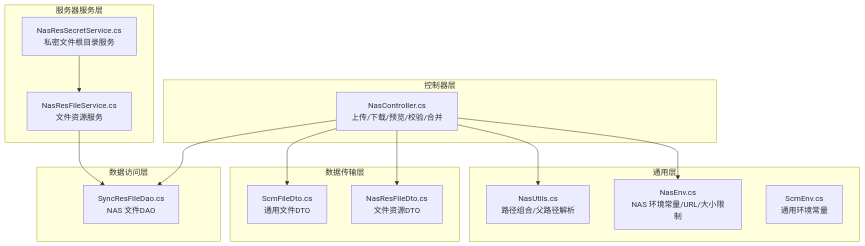
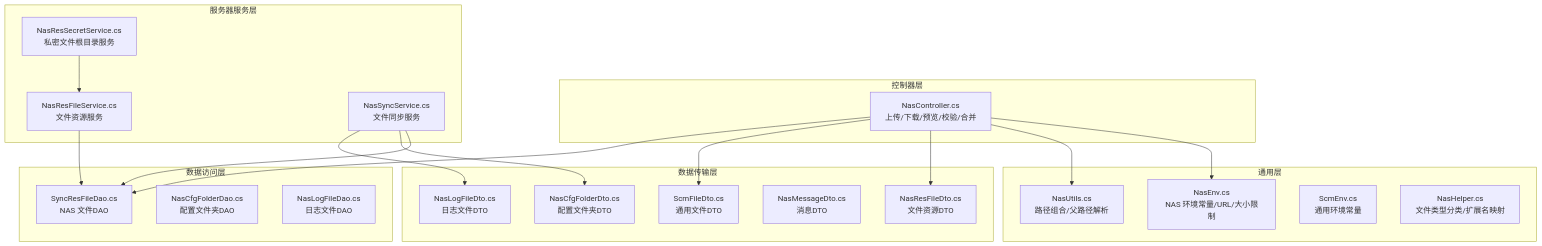
Before and after one commit to leadiot/Scm.Net: the first of 10 diagrams in .qoder/repowiki/zh/content/文件管理系统/文件管理系统.md, drawn with Mermaid. The commit also changed other lines of this file and 126 other files, not shown here.

````diff
--- a/.qoder/repowiki/zh/content/文件管理系统/文件管理系统.md
+++ b/.qoder/repowiki/zh/content/文件管理系统/文件管理系统.md
@@ -44,29 +59,39 @@
 ```mermaid
 graph TB
 subgraph "控制器层"
 NC["NasController.cs<br/>上传/下载/预览/校验/合并"]
 end
 subgraph "通用层"
 NE["NasEnv.cs<br/>NAS 环境常量/URL/大小限制"]
 NU["NasUtils.cs<br/>路径组合/父路径解析"]
 SCE["ScmEnv.cs<br/>通用环境常量"]
+NH["NasHelper.cs<br/>文件类型分类/扩展名映射"]
 end
 subgraph "数据传输层"
 NFD["NasResFileDto.cs<br/>文件资源DTO"]
+NCFD["NasCfgFolderDto.cs<br/>配置文件夹DTO"]
+NLFD["NasLogFileDto.cs<br/>日志文件DTO"]
+NMD["NasMessageDto.cs<br/>消息DTO"]
 SFD["ScmFileDto.cs<br/>通用文件DTO"]
 end
 subgraph "数据访问层"
 SRD["SyncResFileDao.cs<br/>NAS 文件DAO"]
+NCFDao["NasCfgFolderDao.cs<br/>配置文件夹DAO"]
+NLD["NasLogFileDao.cs<br/>日志文件DAO"]
 end
 subgraph "服务器服务层"
 NRS["NasResFileService.cs<br/>文件资源服务"]
 NSS["NasResSecretService.cs<br/>私密文件根目录服务"]
+NSSync["NasSyncService.cs<br/>文件同步服务"]
 end
 NC --> NE
 NC --> NU
 NC --> NFD
 NC --> SFD
 NC --> SRD
 NRS --> SRD
 NSS --> NRS
+NSSync --> SRD
+NSSync --> NCFD
+NSSync --> NLFD
 ```
````
